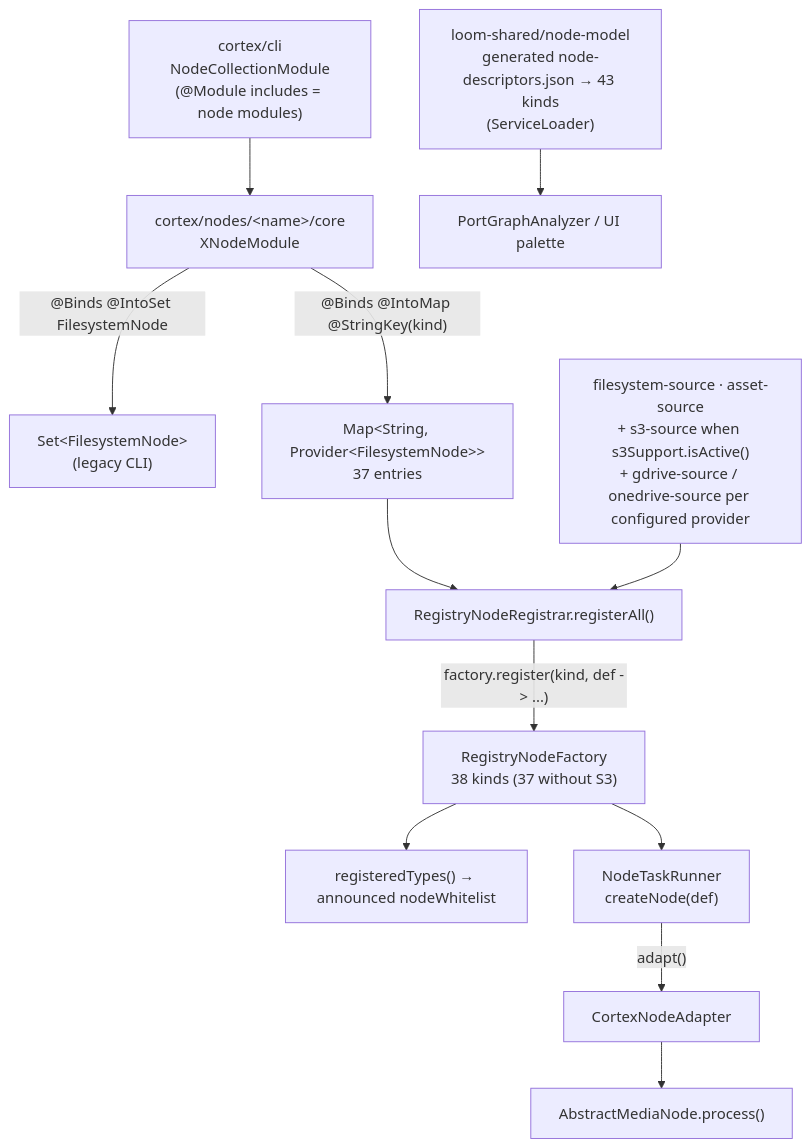
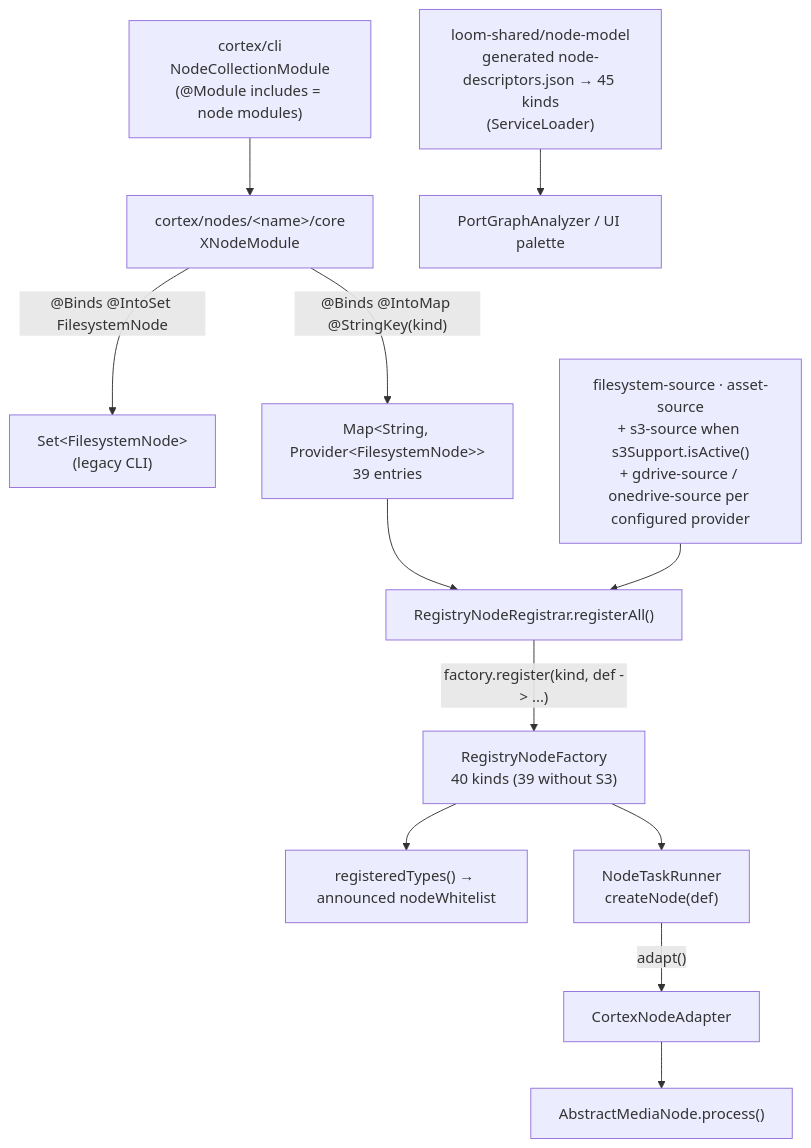
Before and after one commit to metaloom/metaloom: the diagram in spec/features/nodes/NODES.md, drawn with Mermaid. The commit also changed other lines of this file and 175 other files, not shown here.

````diff
--- a/spec/features/nodes/NODES.md
+++ b/spec/features/nodes/NODES.md
@@ -422,15 +434,15 @@
 ```mermaid
 flowchart TD
   M["cortex/nodes/&lt;name&gt;/core<br/>XNodeModule"]
   M -->|"@Binds @IntoSet FilesystemNode"| S["Set&lt;FilesystemNode&gt;<br/>(legacy CLI)"]
-  M -->|"@Binds @IntoMap @StringKey(kind)"| K["Map&lt;String, Provider&lt;FilesystemNode&gt;&gt;<br/>37 entries"]
+  M -->|"@Binds @IntoMap @StringKey(kind)"| K["Map&lt;String, Provider&lt;FilesystemNode&gt;&gt;<br/>39 entries"]
   NC["cortex/cli<br/>NodeCollectionModule<br/>(@Module includes = node modules)"] --> M
   K --> R["RegistryNodeRegistrar.registerAll()"]
   SRC["filesystem-source · asset-source<br/>+ s3-source when s3Support.isActive()<br/>+ gdrive-source / onedrive-source per configured provider"] --> R
-  R -->|"factory.register(kind, def -&gt; ...)"| F["RegistryNodeFactory<br/>38 kinds (37 without S3)"]
+  R -->|"factory.register(kind, def -&gt; ...)"| F["RegistryNodeFactory<br/>40 kinds (39 without S3)"]
   F --> W["registeredTypes() → announced nodeWhitelist"]
   F --> NT["NodeTaskRunner<br/>createNode(def)"]
   NT -->|"adapt()"| A["CortexNodeAdapter"]
   A --> P["AbstractMediaNode.process()"]
-  D["loom-shared/node-model<br/>generated node-descriptors.json → 43 kinds<br/>(ServiceLoader)"] --> V["PortGraphAnalyzer / UI palette"]
+  D["loom-shared/node-model<br/>generated node-descriptors.json → 45 kinds<br/>(ServiceLoader)"] --> V["PortGraphAnalyzer / UI palette"]
 ```
````
